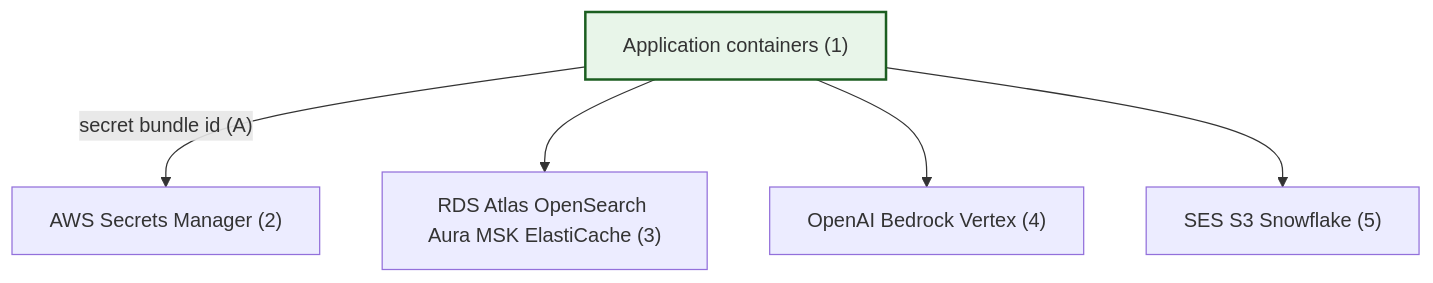
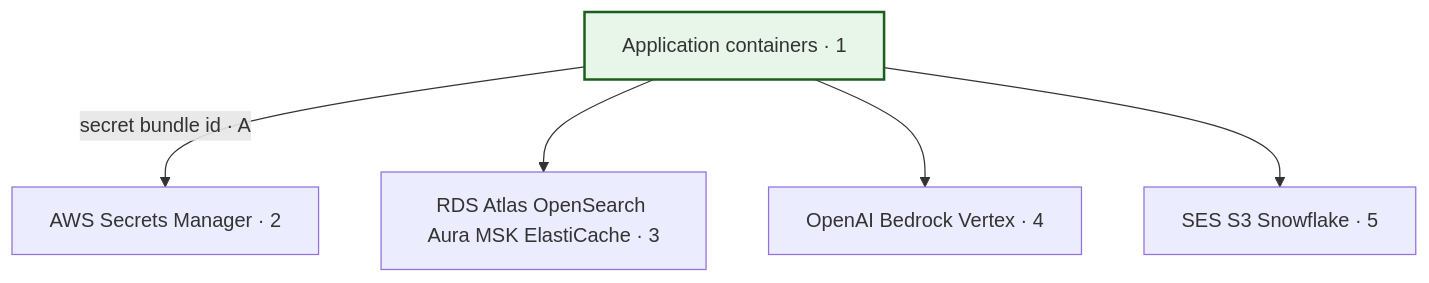
One commit to OferElboher/suspicious-email-triage changed the diagram in docs/diagrams/system-flow-staging-prod.mmd. Above: the diagram before and after it, drawn with Mermaid. The commit also changed 18 other files, not shown here.

First line of the commit message:
Align flowchart Mermaid syntax with comprehensive guide arrowheads.

```diff
--- a/docs/diagrams/system-flow-staging-prod.mmd
+++ b/docs/diagrams/system-flow-staging-prod.mmd
@@ -1,15 +1,15 @@
 flowchart TB
   classDef flowEntry fill:#e8f5e9,stroke:#1b5e20,stroke-width:2px
 
-  APP["Application containers (1)"]
-  SM["AWS Secrets Manager (2)"]
-  DATA["RDS Atlas OpenSearch Aura MSK ElastiCache (3)"]
-  AI["OpenAI Bedrock Vertex (4)"]
-  OUT["SES S3 Snowflake (5)"]
+  APP["Application containers · 1"]
+  SM["AWS Secrets Manager · 2"]
+  DATA["RDS Atlas OpenSearch Aura MSK ElastiCache · 3"]
+  AI["OpenAI Bedrock Vertex · 4"]
+  OUT["SES S3 Snowflake · 5"]
 
-  APP -->|"secret bundle id (A)"| SM
+  APP -->|secret bundle id · A| SM
   APP --> DATA
   APP --> AI
   APP --> OUT
 
   class APP flowEntry
```
